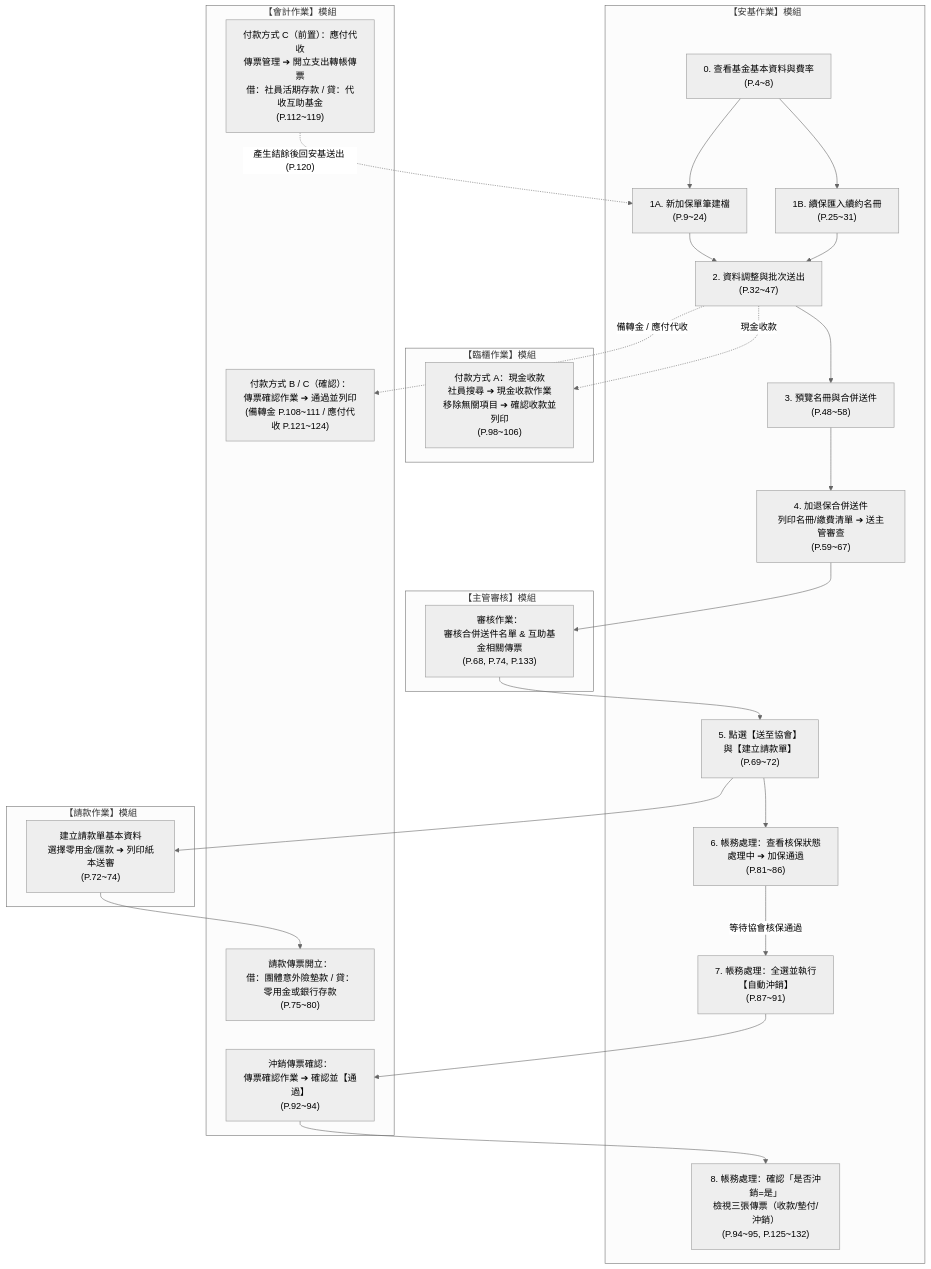
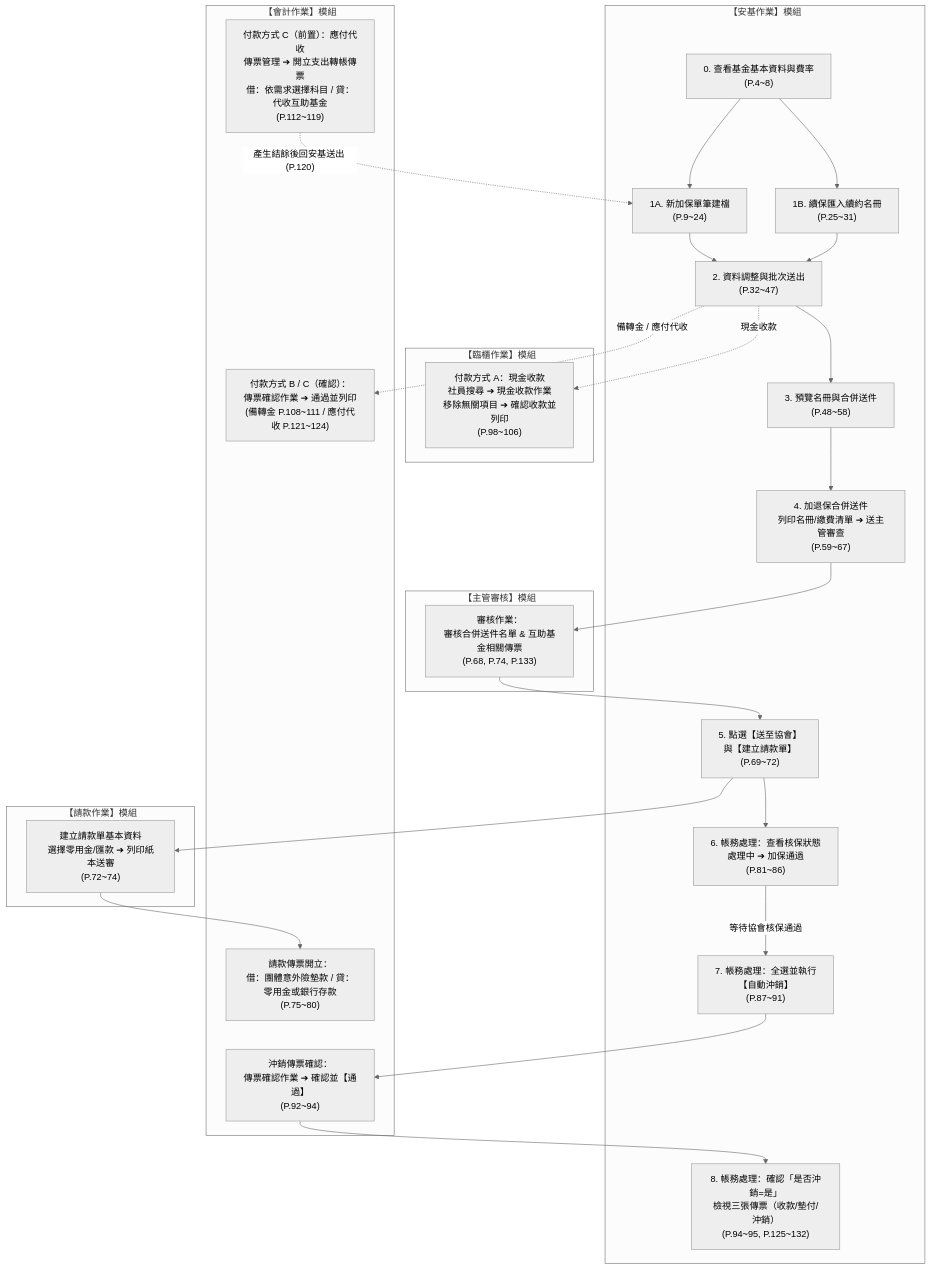
The diagram in 安基作業教學_SOP速查手冊.md (rock903400-byte/anji-sop-guide), drawn with Mermaid (neutral theme) before and after one commit. The commit also changed other lines of this file and 7 other files, not shown here.

````diff
--- a/安基作業教學_SOP速查手冊.md
+++ b/安基作業教學_SOP速查手冊.md
@@ -14,47 +14,47 @@
 ```mermaid
 flowchart TB
     subgraph S1["【安基作業】模組"]
         A0["0. 查看基金基本資料與費率<br/>(P.4~8)"]
         A1["1A. 新加保單筆建檔<br/>(P.9~24)"]
         A2["1B. 續保匯入續約名冊<br/>(P.25~31)"]
         A3["2. 資料調整與批次送出<br/>(P.32~47)"]
         A4["3. 預覽名冊與合併送件<br/>(P.48~58)"]
         A5["4. 加退保合併送件<br/>列印名冊/繳費清單 ➔ 送主管審查<br/>(P.59~67)"]
         A6["5. 點選【送至協會】<br/>與【建立請款單】<br/>(P.69~72)"]
         A7["6. 帳務處理：查看核保狀態<br/>處理中 ➔ 加保通過<br/>(P.81~86)"]
         A8["7. 帳務處理：全選並執行<br/>【自動沖銷】<br/>(P.87~91)"]
         A9["8. 帳務處理：確認「是否沖銷=是」<br/>檢視三張傳票（收款/墊付/沖銷）<br/>(P.94~95, P.125~132)"]
     end
 
     subgraph S2["【臨櫃作業】模組"]
         C1["付款方式 A：現金收款<br/>社員搜尋 ➔ 現金收款作業<br/>移除無關項目 ➔ 確認收款並列印<br/>(P.98~106)"]
     end
 
     subgraph S3["【會計作業】模組"]
-        K1["付款方式 C（前置）：應付代收<br/>傳票管理 ➔ 開立支出轉帳傳票<br/>借：社員活期存款 / 貸：代收互助基金<br/>(P.112~119)"]
+        K1["付款方式 C（前置）：應付代收<br/>傳票管理 ➔ 開立支出轉帳傳票<br/>借：依需求選擇科目 / 貸：代收互助基金<br/>(P.112~119)"]
         K2["付款方式 B / C（確認）：<br/>傳票確認作業 ➔ 通過並列印<br/>(備轉金 P.108~111 / 應付代收 P.121~124)"]
         K3["請款傳票開立：<br/>借：團體意外險墊款 / 貸：零用金或銀行存款<br/>(P.75~80)"]
         K4["沖銷傳票確認：<br/>傳票確認作業 ➔ 確認並【通過】<br/>(P.92~94)"]
     end
 
     subgraph S4["【請款作業】模組"]
         R1["建立請款單基本資料<br/>選擇零用金/匯款 ➔ 列印紙本送審<br/>(P.72~74)"]
     end
 
     subgraph S5["【主管審核】模組"]
         M1["審核作業：<br/>審核合併送件名單 & 互助基金相關傳票<br/>(P.68, P.74, P.133)"]
     end
 
     A0 --> A1 & A2
     K1 -. "產生結餘後回安基送出 (P.120)" .-> A1
     A1 & A2 --> A3
     A3 -. "現金收款" .-> C1
     A3 -. "備轉金 / 應付代收" .-> K2
     A3 --> A4 --> A5
     A5 --> M1
     M1 --> A6
     A6 --> R1 --> K3
     A6 --> A7
     A7 -- "等待協會核保通過" --> A8
     A8 --> K4 --> A9
 ```
````
